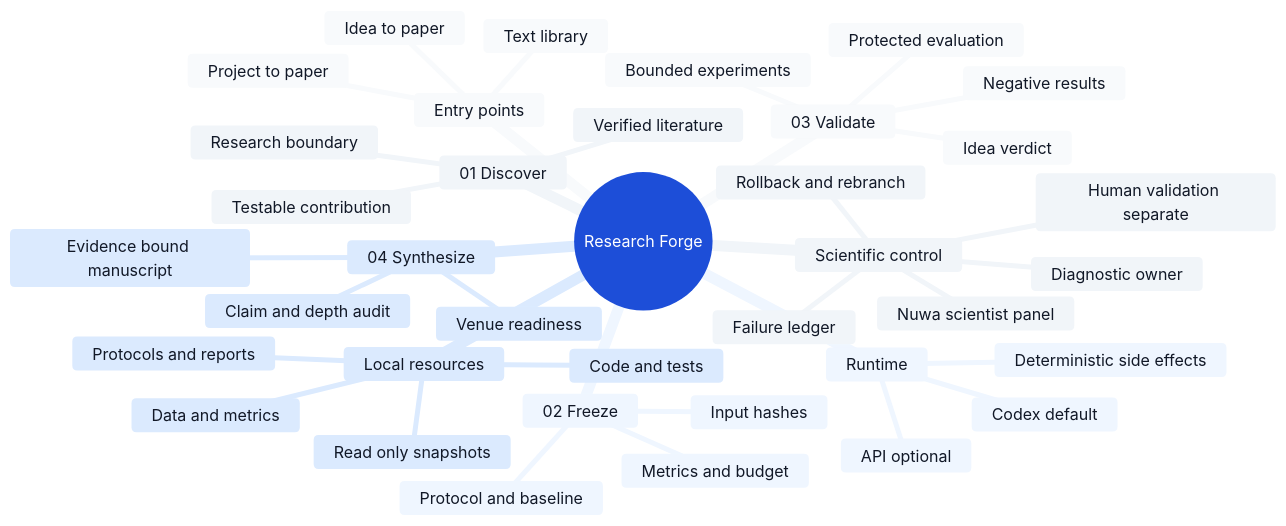
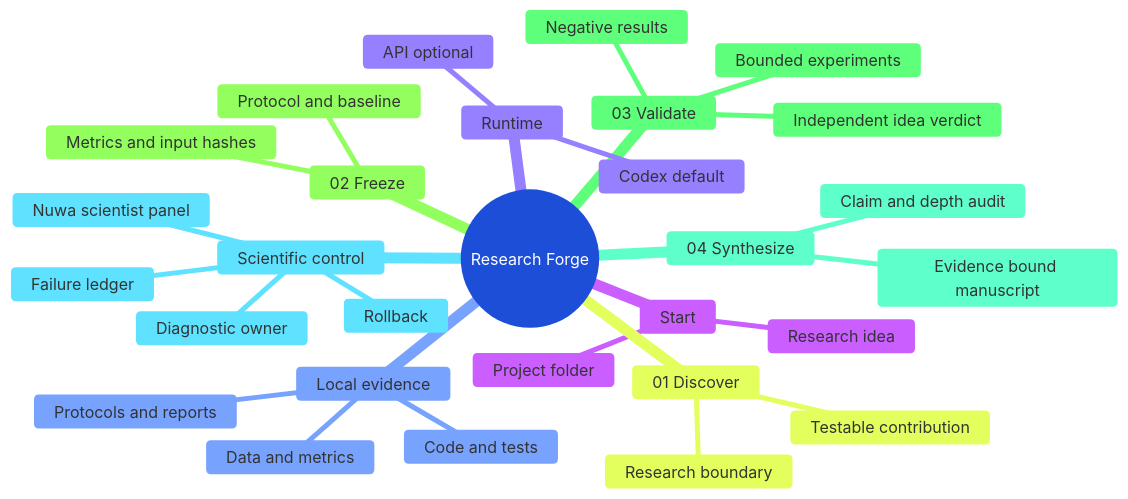
Before and after one commit to CKwin26/Auto-Agentic-Research-Forge: the diagram in README.md, drawn with Mermaid. The commit also changed other lines of this file, not shown here.

````diff
--- a/README.md
+++ b/README.md
@@ -59,84 +117,44 @@
   themeVariables:
     background: '#ffffff'
     fontFamily: 'Inter, -apple-system, BlinkMacSystemFont, Segoe UI, sans-serif'
-    primaryColor: '#f8fafc'
-    primaryTextColor: '#111827'
-    primaryBorderColor: '#cbd5e1'
-    secondaryColor: '#eff6ff'
-    secondaryTextColor: '#111827'
-    secondaryBorderColor: '#bfdbfe'
-    tertiaryColor: '#ffffff'
-    tertiaryTextColor: '#111827'
-    tertiaryBorderColor: '#e2e8f0'
-    lineColor: '#94a3b8'
     git0: '#1d4ed8'
     gitBranchLabel0: '#ffffff'
-    cScale0: '#eff6ff'
-    cScale1: '#f8fafc'
-    cScale2: '#dbeafe'
-    cScale3: '#f1f5f9'
-    cScale4: '#eff6ff'
-    cScale5: '#f8fafc'
-    cScale6: '#dbeafe'
-    cScale7: '#f1f5f9'
-    cScale8: '#eff6ff'
-    cScale9: '#f8fafc'
-    cScale10: '#dbeafe'
-    cScale11: '#f1f5f9'
-    cScaleLabel0: '#111827'
-    cScaleLabel1: '#111827'
-    cScaleLabel2: '#111827'
-    cScaleLabel3: '#111827'
-    cScaleLabel4: '#111827'
-    cScaleLabel5: '#111827'
-    cScaleLabel6: '#111827'
-    cScaleLabel7: '#111827'
-    cScaleLabel8: '#111827'
-    cScaleLabel9: '#111827'
-    cScaleLabel10: '#111827'
-    cScaleLabel11: '#111827'
+    lineColor: '#94a3b8'
   themeCSS: >-
-    .edge, [class*="edge-depth-"] { stroke-width: 2px !important; }
-    [class*="section-edge-"] { stroke: #94a3b8 !important; }
-    .mindmap-node rect, .mindmap-node path, .mindmap-node circle, .mindmap-node polygon { stroke: #cbd5e1 !important; stroke-width: 1px !important; }
-    .section-root rect, .section-root path, .section-root circle, .section-root polygon { stroke: #1d4ed8 !important; stroke-width: 2px !important; }
+    .edge, [class*="edge-depth-"] { stroke: #94a3b8 !important; stroke-width: 2px !important; }
+    .mindmap-node rect, .mindmap-node path, .mindmap-node circle, .mindmap-node polygon { fill: #f8fafc !important; stroke: #cbd5e1 !important; stroke-width: 1px !important; }
+    .mindmap-node span { color: #111827 !important; }
+    .section-root rect, .section-root path, .section-root circle, .section-root polygon { fill: #1d4ed8 !important; stroke: #1d4ed8 !important; stroke-width: 2px !important; }
+    .section-root span { color: #ffffff !important; }
 ---
 mindmap
   root((Research Forge))
-    Entry points
-      Idea to paper
-      Project to paper
-      Text library
-    Local resources
+    Start
+      Project folder
+      Research idea
+    Local evidence
       Code and tests
       Data and metrics
       Protocols and reports
-      Read only snapshots
     01 Discover
       Research boundary
       Testable contribution
-      Verified literature
     02 Freeze
       Protocol and baseline
-      Metrics and budget
-      Input hashes
+      Metrics and input hashes
     03 Validate
       Bounded experiments
-      Protected evaluation
-      Idea verdict
+      Independent idea verdict
       Negative results
     04 Synthesize
       Evidence bound manuscript
       Claim and depth audit
-      Venue readiness
     Scientific control
       Nuwa scientist panel
       Diagnostic owner
       Failure ledger
-      Rollback and rebranch
-      Human validation separate
+      Rollback
     Runtime
       Codex default
       API optional
-      Deterministic side effects
 ```
````
